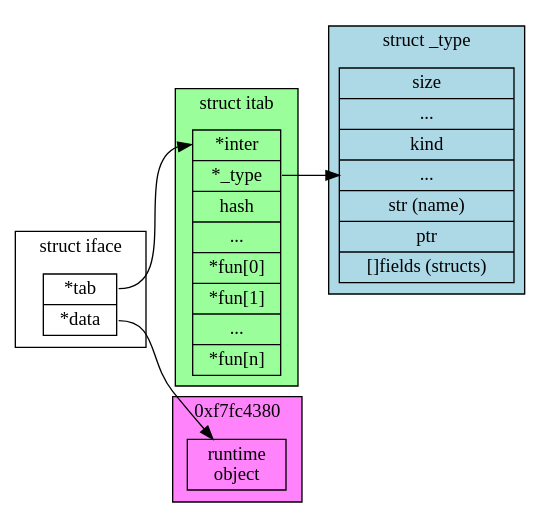
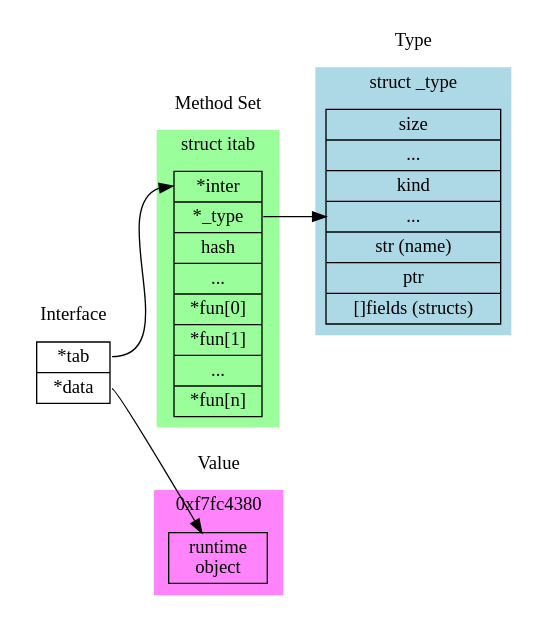
The diagram in content/advent-2018/interfaces-images/interface.dot (gopheracademy/gopheracademy-web), drawn with Graphviz before and after one commit. The commit also changed 1 other file, not shown here.

```diff
--- a/content/advent-2018/interfaces-images/interface.dot
+++ b/content/advent-2018/interfaces-images/interface.dot
@@ -1,28 +1,42 @@
 digraph G {
   rankdir="LR";
   subgraph X {
+		color = none;
     node [shape=record]
     subgraph cluster_0 {
-      label = "struct iface";
-      iface [ label = " <iftab> *tab  | <data> *data " ];
+			label = "Interface"
+			subgraph {
+				label = "struct iface";
+				iface [ label = " <iftab> *tab  | <data> *data " ];
+			}
     }
     subgraph cluster_1 {
-			bgcolor=palegreen1;
-      label = "struct itab";
-      itable [ label = " <itab> *inter  | <type> *_type | hash | ... | *fun[0] | *fun[1] | ... | *fun[n] " ];
+			label = "Method Set";
+			subgraph cluster_itab {
+				bgcolor=palegreen1;
+				label = "struct itab";
+				itable [ label = " <itab> *inter  | <type> *_type | hash | ... | *fun[0] | *fun[1] | ... | *fun[n] " ];
+			}
     }
     subgraph cluster_2  {
-      label = "0xf7fc4380"
-			bgcolor=orchid1;
-      object [ label = "runtime\nobject" ];
+			label = "Value"
+			subgraph cluster_value {
+				label = "0xf7fc4380"
+				bgcolor=orchid1;
+				object [ label = "runtime\nobject" ];
+			}	
     }
     subgraph cluster_3 {
-      label = "struct _type";
-			bgcolor=lightblue;
-      type [ label = " size | ... | kind | ...| str (name) | ptr | []fields (structs)" ];
+			label = "Type"
+			subgraph cluster_type {
+				label = "struct _type";
+				bgcolor=lightblue;
+				type [ label = " size | ... | kind | ...| str (name) | ptr | []fields (structs)" ];
+			}
     }
   }
   itable:type -> type;
   iface:iftab -> itable:itab;
   iface:data -> object;
+
 }
```
